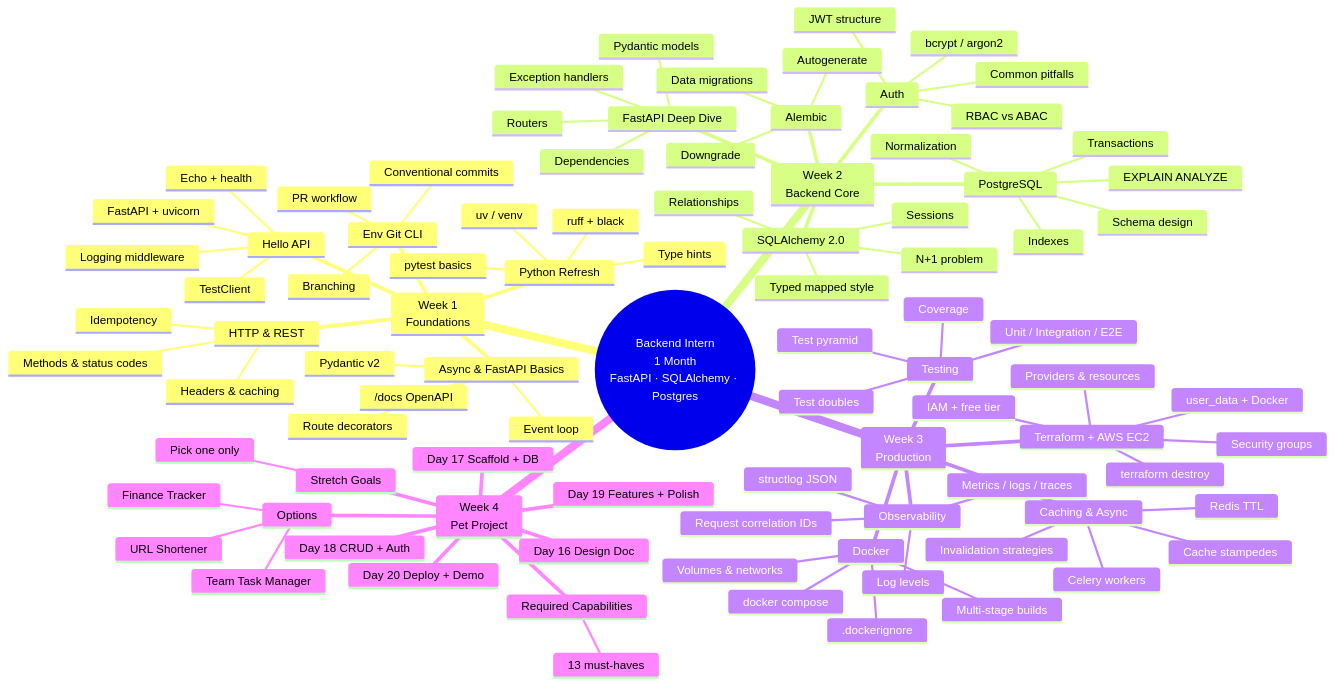
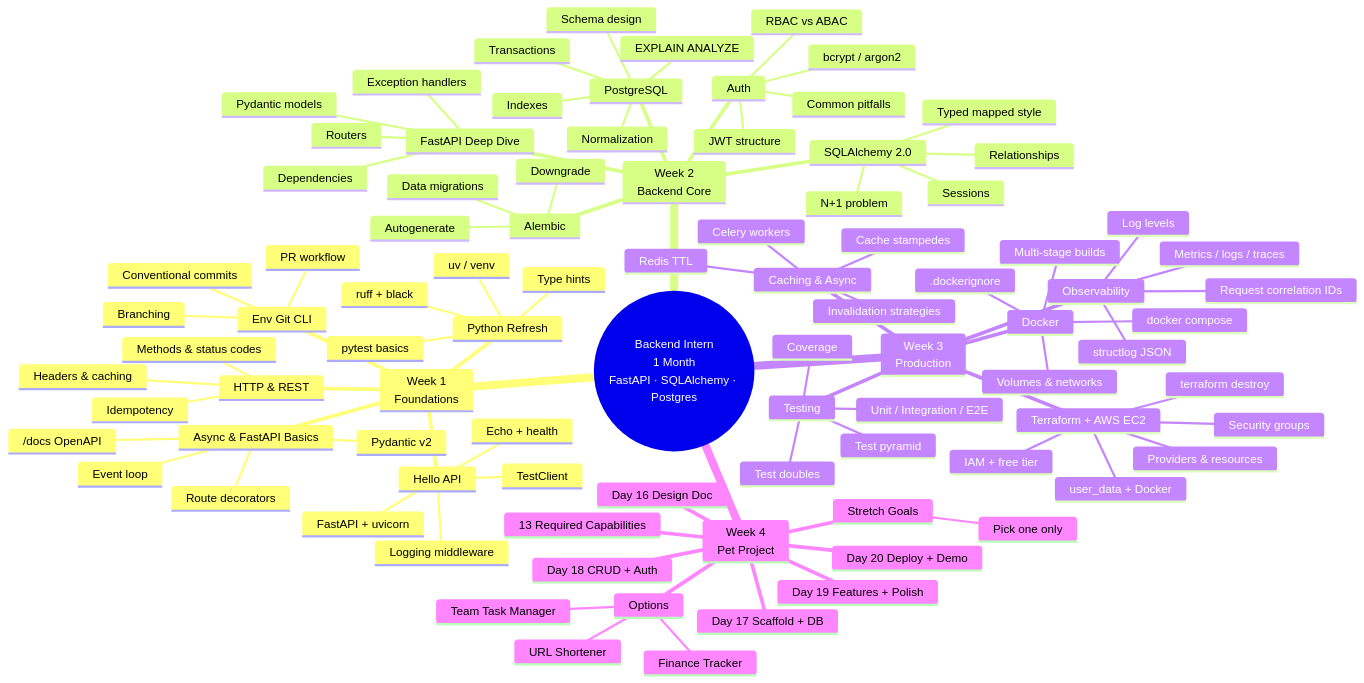
One commit to trunganhxxiiidev/be-fast-api-training-trainee changed the diagram in course-mindmap.md. Above: the diagram before and after it, drawn with Mermaid. The commit also changed other lines of this file and 19 other files, not shown here.

````diff
--- a/course-mindmap.md
+++ b/course-mindmap.md
@@ -101,8 +104,7 @@
         URL Shortener
         Team Task Manager
         Finance Tracker
-      Required Capabilities
-        13 must-haves
+      13 Required Capabilities
       Stretch Goals
         Pick one only
 ```
````
